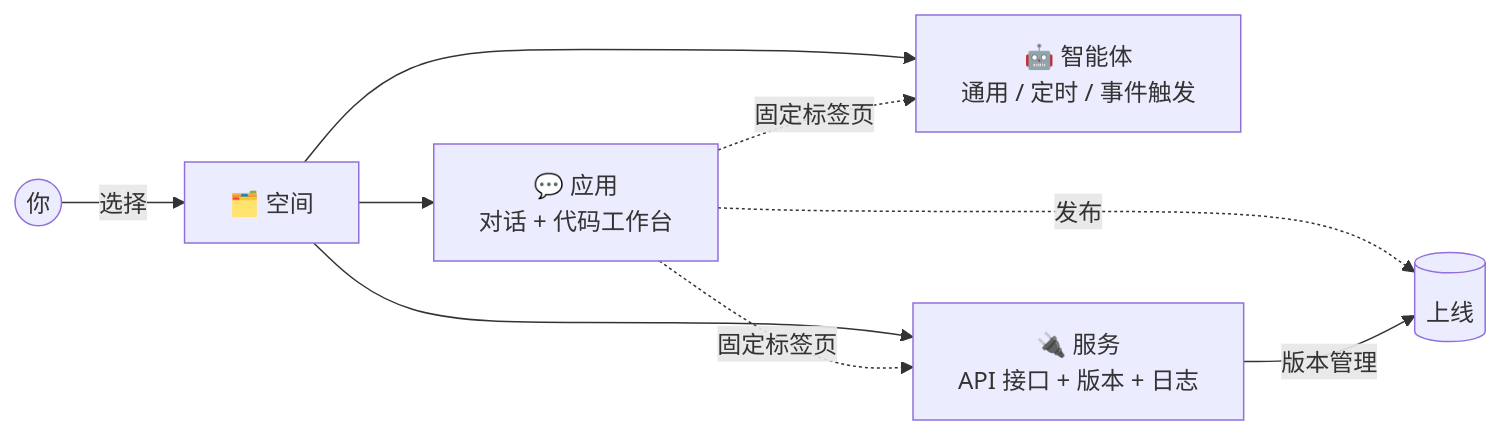
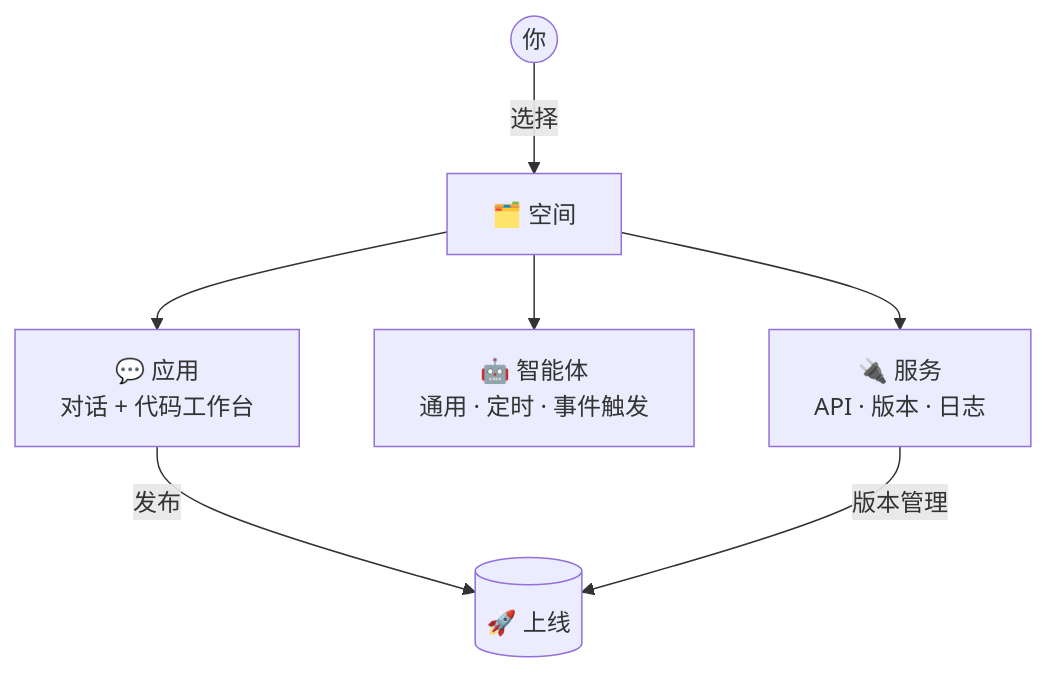
The diagram in docs/guide/overview.md (olojiang/spatial-smart-docs), drawn with Mermaid before and after one commit. The commit also changed 9 other files, not shown here.

Commit message:
图表重设计：随主题配色、文字不裁切、标签胶囊、更大箭头；简化交叉连线

````diff
--- a/docs/guide/overview.md
+++ b/docs/guide/overview.md
@@ -16,11 +16,9 @@
 ```mermaid
-flowchart LR
+flowchart TB
   U((你)) -->|选择| S[🗂️ 空间]
   S --> A[💬 应用<br/>对话 + 代码工作台]
-  S --> G[🤖 智能体<br/>通用 / 定时 / 事件触发]
-  S --> V[🔌 服务<br/>API 接口 + 版本 + 日志]
-  A -. 固定标签页 .-> G
-  A -. 固定标签页 .-> V
-  A -. 发布 .-> P[(上线)]
+  S --> G[🤖 智能体<br/>通用 · 定时 · 事件触发]
+  S --> V[🔌 服务<br/>API · 版本 · 日志]
+  A -->|发布| P[(🚀 上线)]
   V -->|版本管理| P
 ```
````
